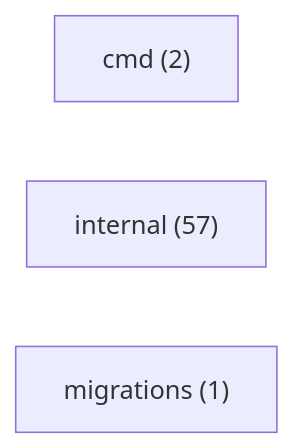
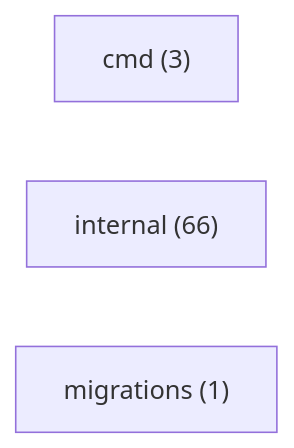
The diagram in DOC/System/mapa/inventario.md (mauriciomiwa/ominicore-service), drawn with Mermaid before and after one commit. The commit also changed other lines of this file and 52 other files, not shown here.

````diff
--- a/DOC/System/mapa/inventario.md
+++ b/DOC/System/mapa/inventario.md
@@ -14,6 +14,6 @@
 ```mermaid
 graph LR
-  cmd["cmd (2)"]
-  internal["internal (57)"]
+  cmd["cmd (3)"]
+  internal["internal (66)"]
   migrations["migrations (1)"]
 ```
````
